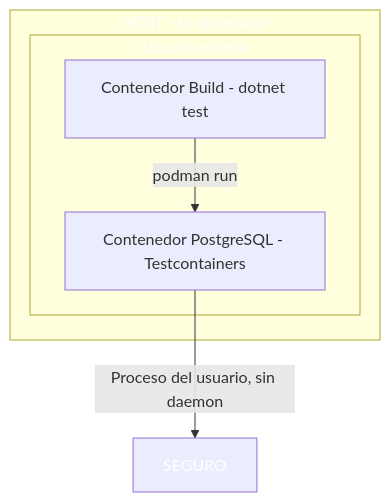
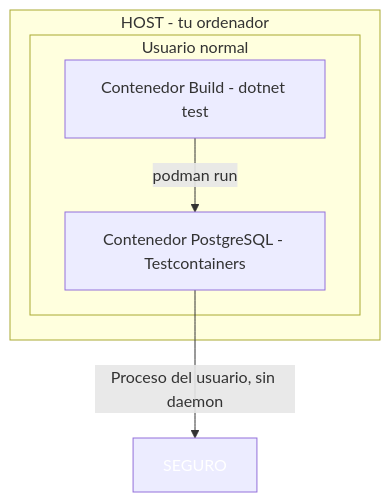
The third of 3 diagrams in 22-testing-avanzado.md (joseluisgs/DesarrolloWebEntornosServidor-01-2026-2027), drawn with Mermaid before and after one commit. The commit also changed other lines of this file and 15 other files, not shown here.

Commit message:
docs: quitar el relleno a los subgraf de los diagramas y corregir comillas y rayas sueltas

````diff
--- a/22-testing-avanzado.md
+++ b/22-testing-avanzado.md
@@ -606,14 +603,12 @@
 ```mermaid
 graph TD
     subgraph HOST["HOST - tu ordenador"]
         subgraph USER["Usuario normal"]
             A["Contenedor Build - dotnet test"] -->|"podman run"| B["Contenedor PostgreSQL - Testcontainers"]
         end
     end
 
     B -->|"Proceso del usuario, sin daemon"| C["SEGURO"]
 
-    style HOST fill:#2196F,color:#fff3,color:#fff
-    style USER fill:#4CAF5,color:#fff0,color:#fff
     style C fill:#4CAF5,color:#fff0,color:#fff
 ```
````
